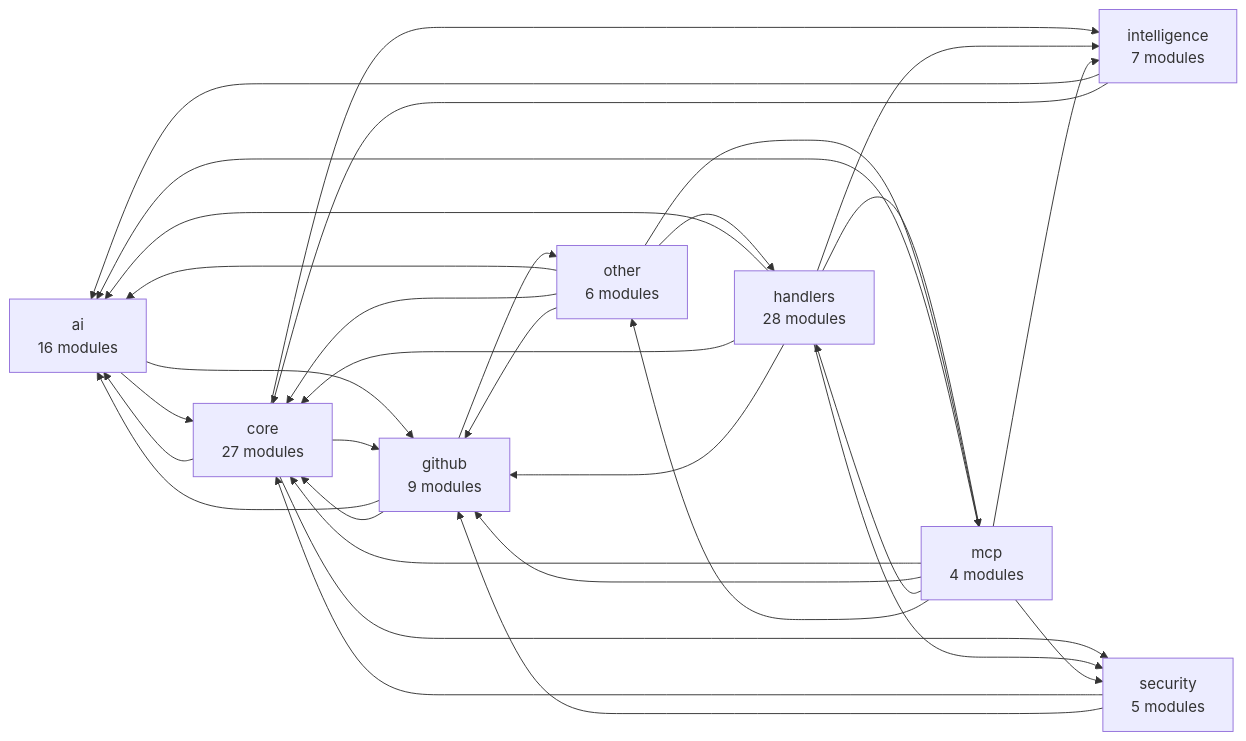
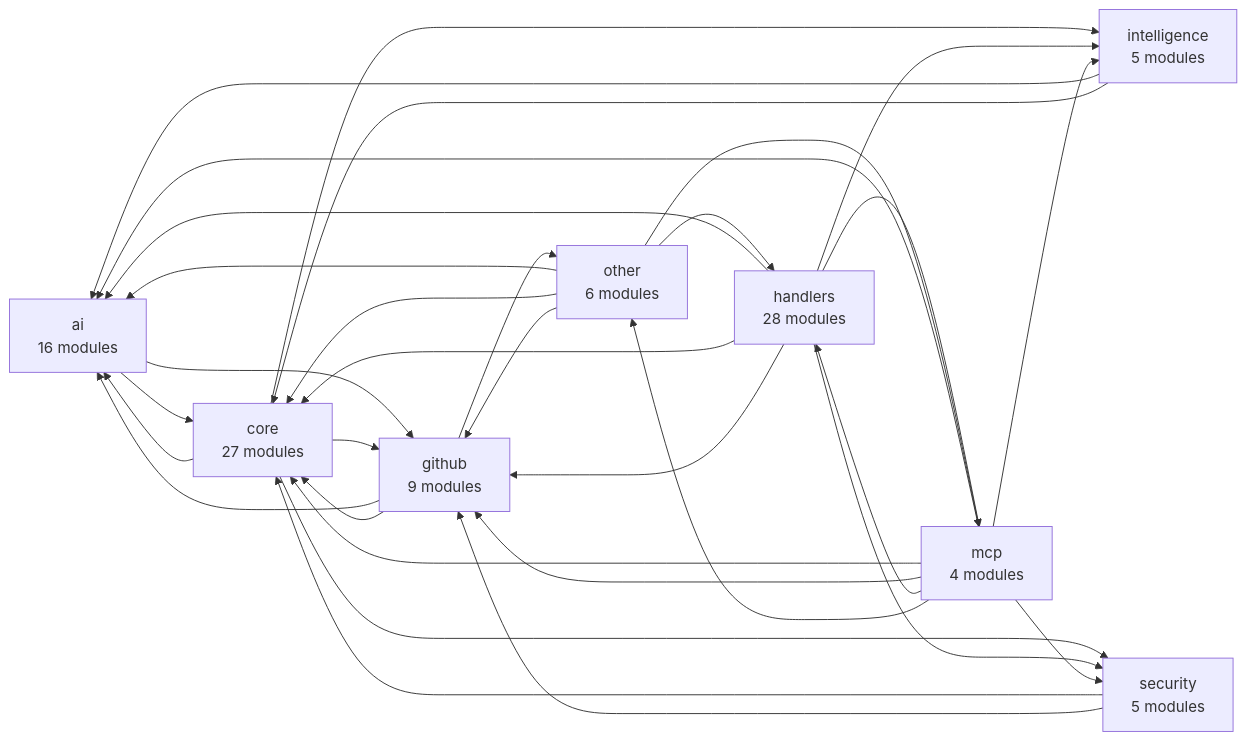
Before and after one commit to Shweta-Mishra-ai/github-autopilot: the second of 2 diagrams in README.md, drawn with Mermaid. The commit also changed other lines of this file and 32 other files, not shown here.

````diff
--- a/README.md
+++ b/README.md
@@ -401,42 +401,42 @@
 ```mermaid
 graph LR
     ai["ai<br/>16 modules"]
     core["core<br/>27 modules"]
     github["github<br/>9 modules"]
     handlers["handlers<br/>28 modules"]
-    intelligence["intelligence<br/>7 modules"]
+    intelligence["intelligence<br/>5 modules"]
     mcp["mcp<br/>4 modules"]
     other["other<br/>6 modules"]
     security["security<br/>5 modules"]
     ai --> core
     ai --> github
     core --> ai
     core --> github
     core --> intelligence
     core --> security
     github --> ai
     github --> core
     github --> other
     handlers --> ai
     handlers --> core
     handlers --> github
     handlers --> intelligence
     handlers --> mcp
     handlers --> security
     intelligence --> ai
     intelligence --> core
     mcp --> ai
     mcp --> core
     mcp --> github
     mcp --> handlers
     mcp --> intelligence
     mcp --> other
     mcp --> security
     other --> ai
     other --> core
     other --> github
     other --> handlers
     other --> mcp
     security --> core
     security --> github
 ```
````
